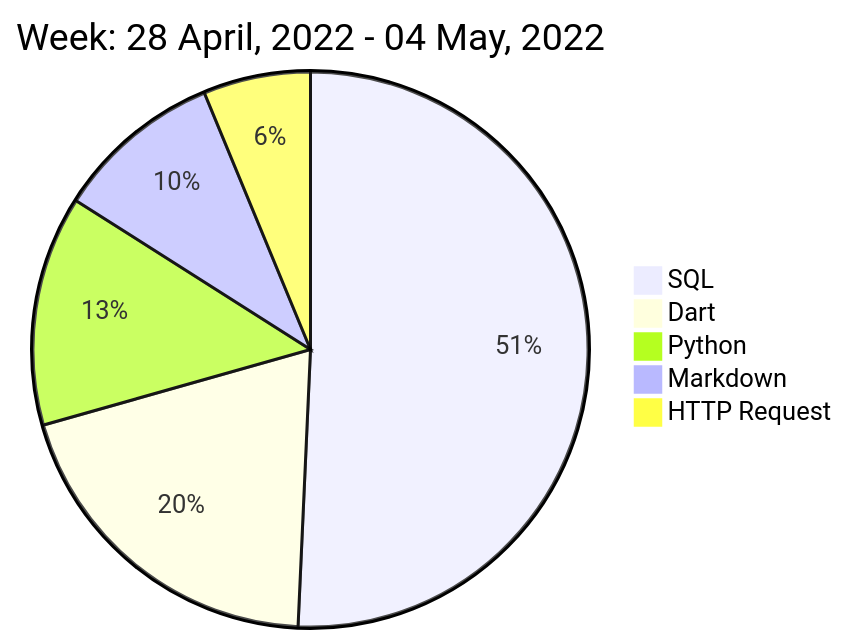
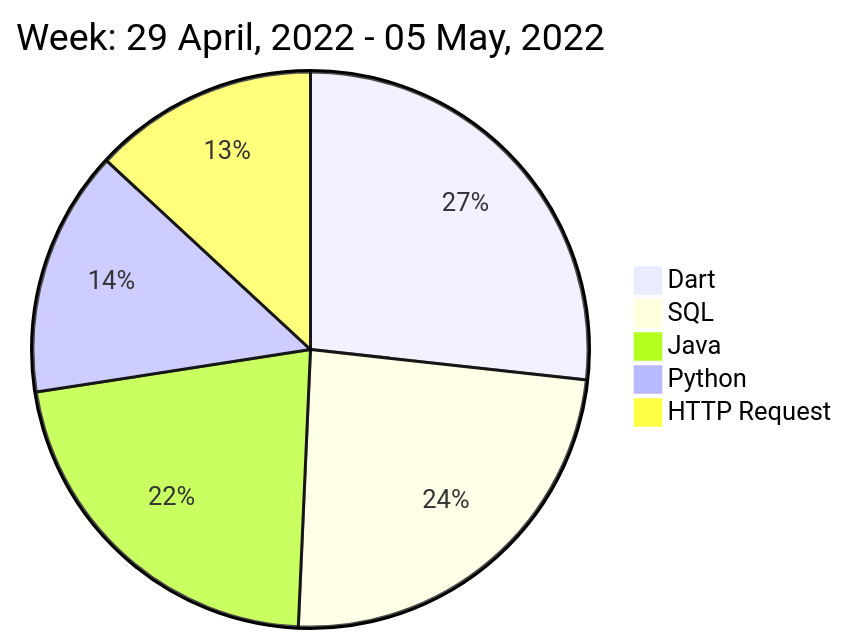
Before and after one commit to liubin95/liubin95: the diagram in README.md, drawn with Mermaid.

Commit message:
Updated the Graph with new Metrics

````diff
--- a/README.md
+++ b/README.md
@@ -40,9 +40,9 @@
 ```mermaid
  pie
-title Week: 28 April, 2022 - 04 May, 2022
- "SQL" : 3.9
+title Week: 29 April, 2022 - 05 May, 2022
  "Dart" : 1.53
- "Python" : 1.03
- "Markdown" : 0.75
- "HTTP Request" : 0.48
+ "SQL" : 1.37
+ "Java" : 1.25
+ "Python" : 0.82
+ "HTTP Request" : 0.75
 ```
````
